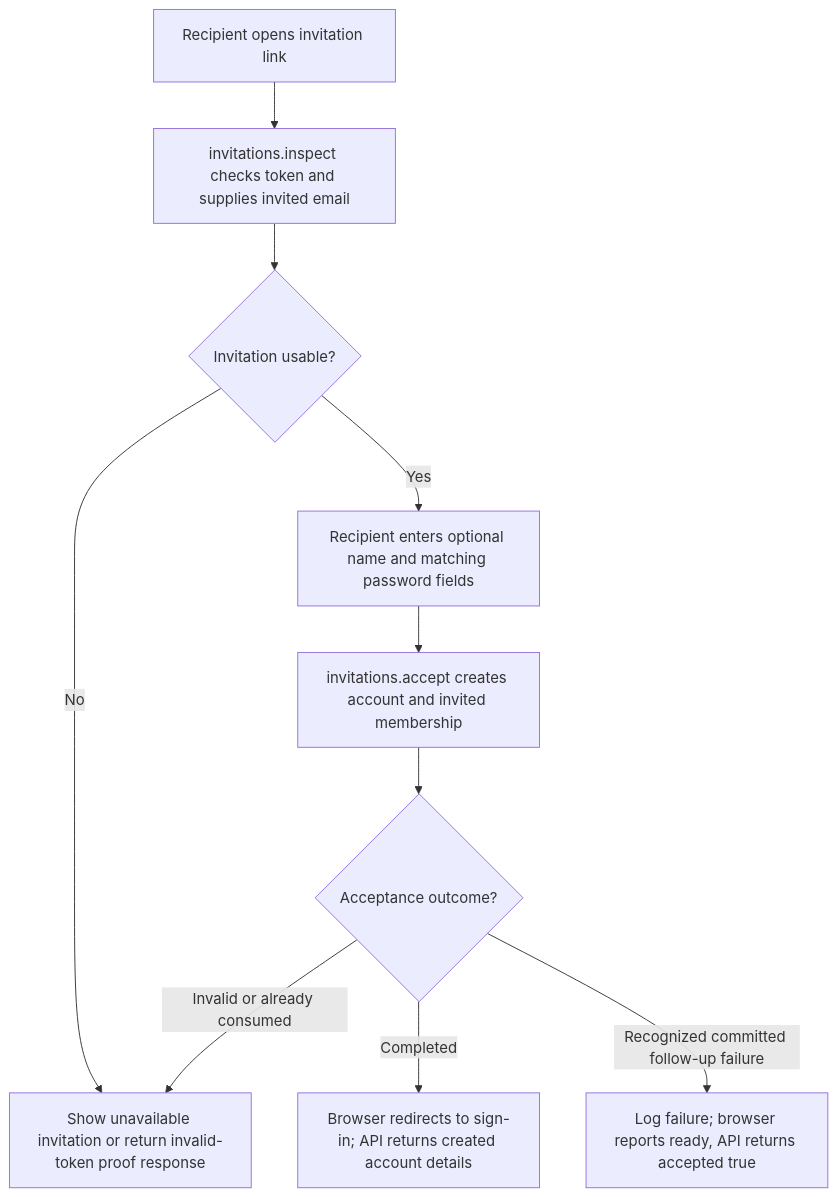
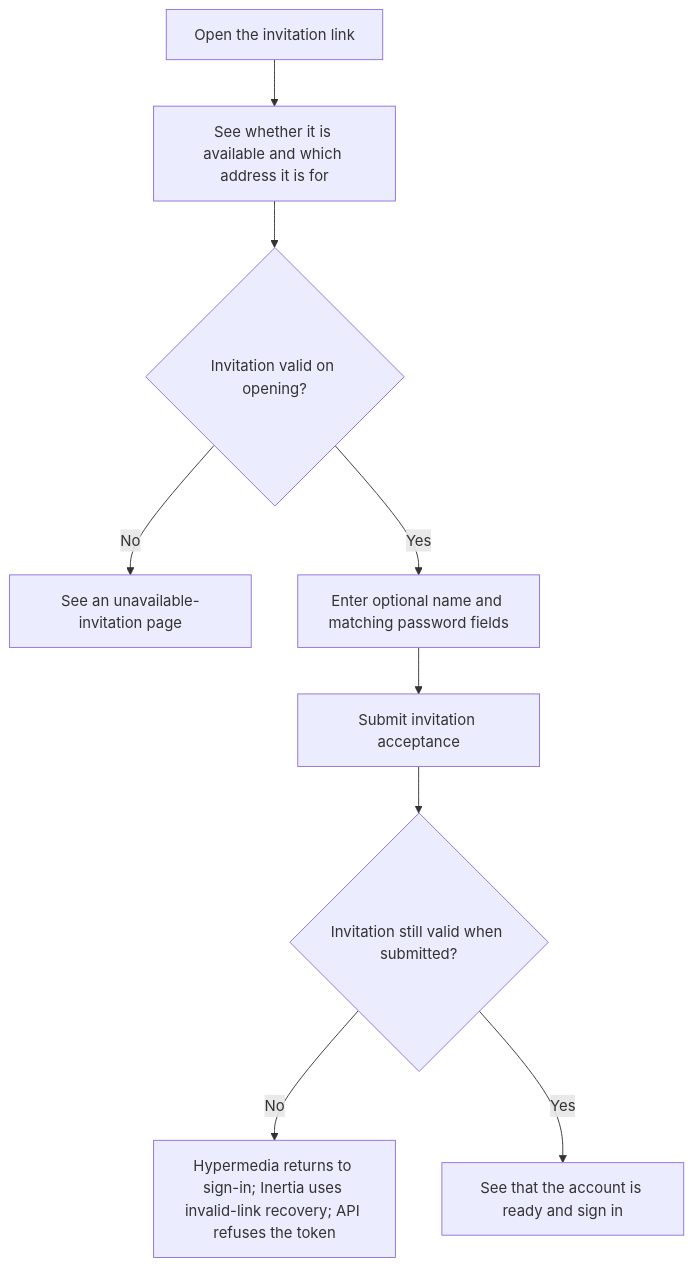
The first of 2 diagrams in user-stories/teams/us-team-05-accept-invitation.md (Kevinjohn/oss-adonisjs-starter-examples), drawn with Mermaid before and after one commit. The commit also changed other lines of this file and 29 other files, not shown here.

````diff
--- a/user-stories/teams/us-team-05-accept-invitation.md
+++ b/user-stories/teams/us-team-05-accept-invitation.md
@@ -28,12 +28,11 @@
 ```mermaid
 flowchart TD
-    A["Recipient opens invitation link"] --> B["invitations.inspect checks token and supplies invited email"]
-    B --> C{"Invitation usable?"}
-    C -->|No| D["Show unavailable invitation or return invalid-token proof response"]
-    C -->|Yes| E["Recipient enters optional name and matching password fields"]
-    E --> F["invitations.accept creates account and invited membership"]
-    F --> G{"Acceptance outcome?"}
-    G -->|Completed| H["Browser redirects to sign-in; API returns created account details"]
-    G -->|Recognized committed follow-up failure| I["Log failure; browser reports ready, API returns accepted true"]
-    G -->|Invalid or already consumed| D
+    A["Open the invitation link"] --> B["See whether it is available and which address it is for"]
+    B --> C{"Invitation valid on opening?"}
+    C -->|No| D["See an unavailable-invitation page"]
+    C -->|Yes| E["Enter optional name and matching password fields"]
+    E --> F["Submit invitation acceptance"]
+    F --> G{"Invitation still valid when submitted?"}
+    G -->|No| H["Hypermedia returns to sign-in; Inertia uses invalid-link recovery; API refuses the token"]
+    G -->|Yes| I["See that the account is ready and sign in"]
 ```
````
